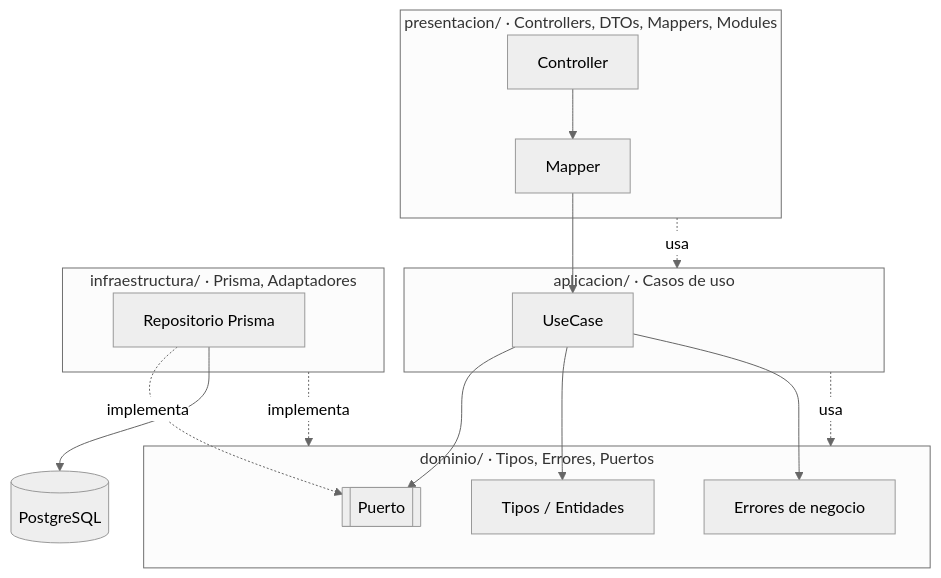
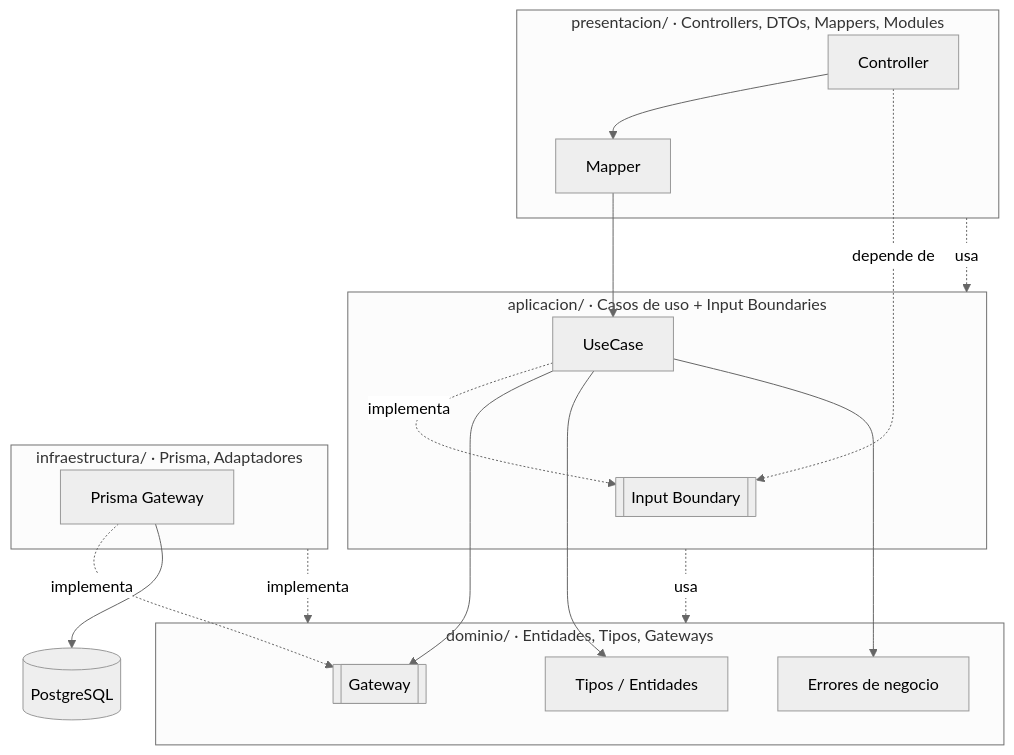
The first of 2 diagrams in docs/ARCHITECTURE.md (epf-21/mockup-sgaf-back), drawn with Mermaid (neutral theme) before and after one commit. The commit also changed other lines of this file and 39 other files, not shown here.

````diff
--- a/docs/ARCHITECTURE.md
+++ b/docs/ARCHITECTURE.md
@@ -30,31 +45,34 @@
 ```mermaid
 flowchart TB
     subgraph presentacion["presentacion/ · Controllers, DTOs, Mappers, Modules"]
         C[Controller] --> M[Mapper]
     end
 
-    subgraph aplicacion["aplicacion/ · Casos de uso"]
+    subgraph aplicacion["aplicacion/ · Casos de uso + Input Boundaries"]
+        IB[[Input Boundary]]
         UC[UseCase]
     end
 
-    subgraph dominio["dominio/ · Tipos, Errores, Puertos"]
-        P[[Puerto]]
+    subgraph dominio["dominio/ · Entidades, Tipos, Gateways"]
+        G[[Gateway]]
         T[Tipos / Entidades]
         E[Errores de negocio]
     end
 
     subgraph infraestructura["infraestructura/ · Prisma, Adaptadores"]
-        R[Repositorio Prisma]
+        R[Prisma Gateway]
     end
 
+    C -. depende de .-> IB
+    UC -. implementa .-> IB
     M --> UC
-    UC --> P
+    UC --> G
     UC --> T
     UC --> E
-    R -. implementa .-> P
+    R -. implementa .-> G
     R --> DB[(PostgreSQL)]
 
     presentacion -. usa .-> aplicacion
     aplicacion -. usa .-> dominio
     infraestructura -. implementa .-> dominio
 ```
````
